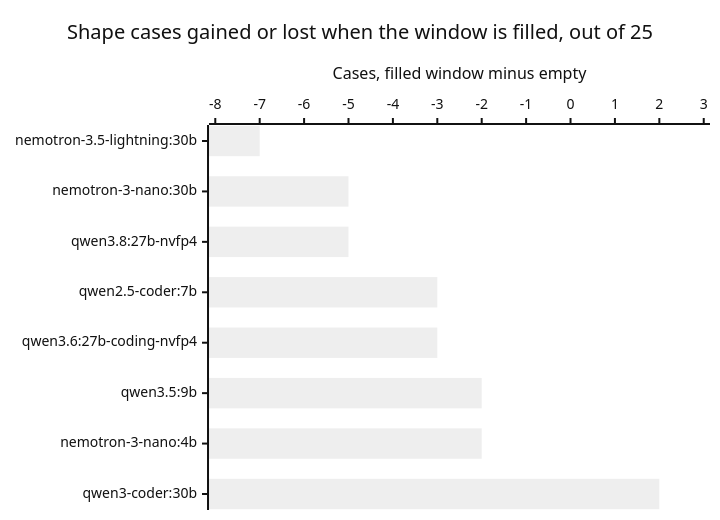
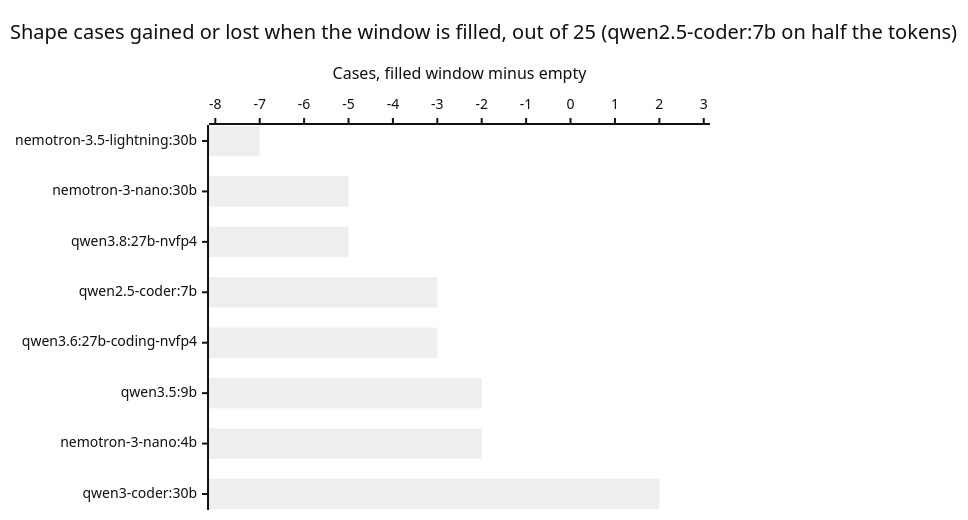
Before and after one commit to freemansoft/Flutter-AdaptiveCards: the first of 2 diagrams in adaptive_chat_server_dart/blog/article-7-full-context-cost-draft.md, drawn with Mermaid (neutral theme). The commit also changed other lines of this file and 4 other files, not shown here.

````diff
--- a/adaptive_chat_server_dart/blog/article-7-full-context-cost-draft.md
+++ b/adaptive_chat_server_dart/blog/article-7-full-context-cost-draft.md
@@ -64,7 +81,7 @@
 ```mermaid
 xychart-beta horizontal
-    title "Shape cases gained or lost when the window is filled, out of 25"
+    title "Shape cases gained or lost when the window is filled, out of 25 (qwen2.5-coder:7b on half the tokens)"
         x-axis ["nemotron-3.5-lightning:30b", "nemotron-3-nano:30b", "qwen3.8:27b-nvfp4", "qwen2.5-coder:7b", "qwen3.6:27b-coding-nvfp4", "qwen3.5:9b", "nemotron-3-nano:4b", "qwen3-coder:30b"]
         y-axis "Cases, filled window minus empty" -8 --> 3
     bar [-7, -5, -5, -3, -3, -2, -2, 2]
 ```
````
